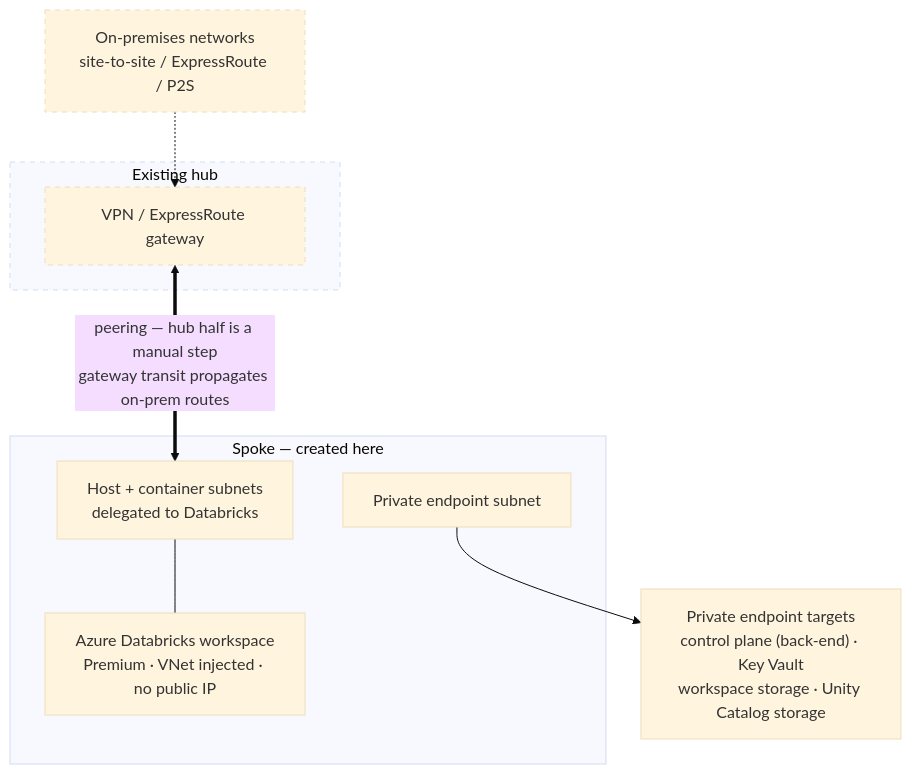
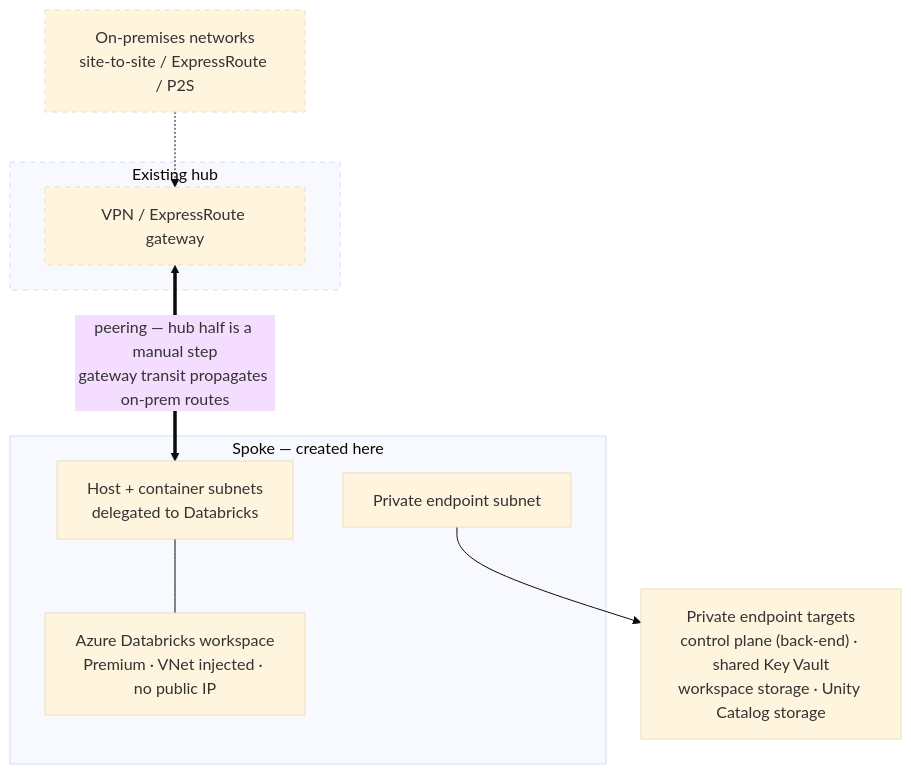
Before and after one commit to dpmcclurg/databricks-sra-byo-hub: the second of 3 diagrams in README.md, drawn with Mermaid (base theme). The commit also changed other lines of this file and 3 other files, not shown here.

````diff
--- a/README.md
+++ b/README.md
@@ -669,24 +801,24 @@
 ```mermaid
 flowchart TB
     LAN["On-premises networks<br/>site-to-site / ExpressRoute / P2S"]
 
     subgraph hub["Existing hub"]
         GW["VPN / ExpressRoute gateway"]
     end
 
     subgraph spoke["Spoke — created here"]
         COMPUTE["Host + container subnets<br/>delegated to Databricks"]
         PL["Private endpoint subnet"]
         WS["Azure Databricks workspace<br/>Premium · VNet injected · no public IP"]
     end
 
-    TARGETS["Private endpoint targets<br/>control plane (back-end) · Key Vault<br/>workspace storage · Unity Catalog storage"]
+    TARGETS["Private endpoint targets<br/>control plane (back-end) · shared Key Vault<br/>workspace storage · Unity Catalog storage"]
 
     LAN -.-> GW
     GW <==>|"peering — hub half is a manual step<br/>gateway transit propagates on-prem routes"| COMPUTE
     COMPUTE --- WS
     PL --> TARGETS
 
     classDef existing stroke-dasharray: 5 5
     class hub,GW,LAN existing
 ```
````
